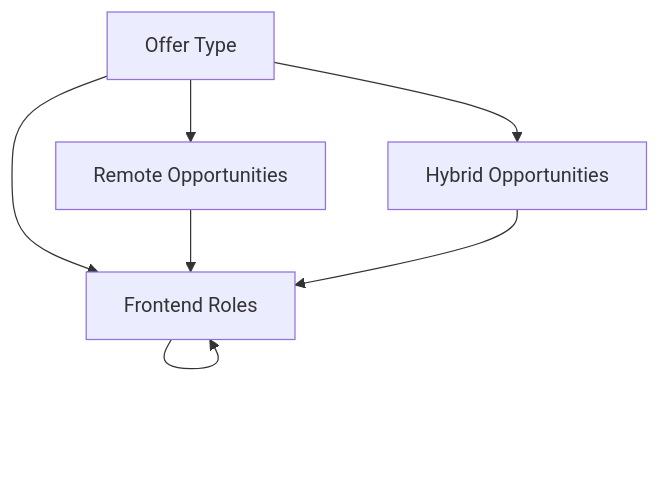
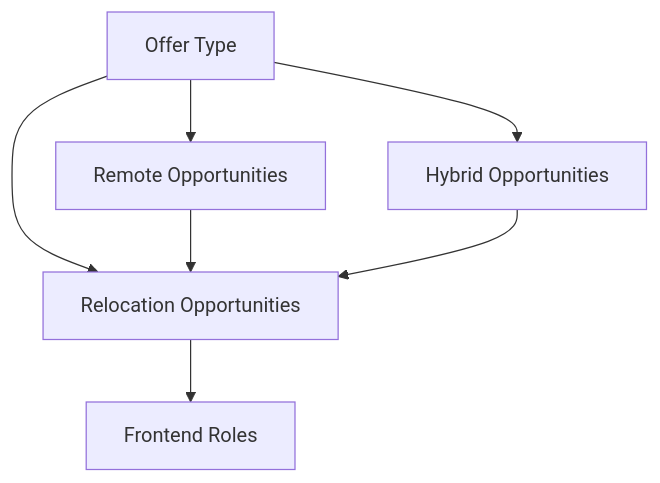
Before and after one commit to Danthesage01/Danthesage01: the diagram in README.md, drawn with Mermaid.

````diff
--- a/README.md
+++ b/README.md
@@ -13,9 +13,9 @@
 ```mermaid
  graph TD;
    A[Offer Type]-->B[Remote Opportunities];
    A[Offer Type]-->C[Hybrid Opportunities];
    A[Offer Type]-->D[Relocation Opportunities];
    B[Remote Opportunities]-->D[Frontend Roles];
    C[Hybrid Opportunities]-->D[Frontend Roles];
-   D[Relocation Opportunities]-->D[Frontend Roles];
+   D[Relocation Opportunities]-->E[Frontend Roles];
 ```
````
